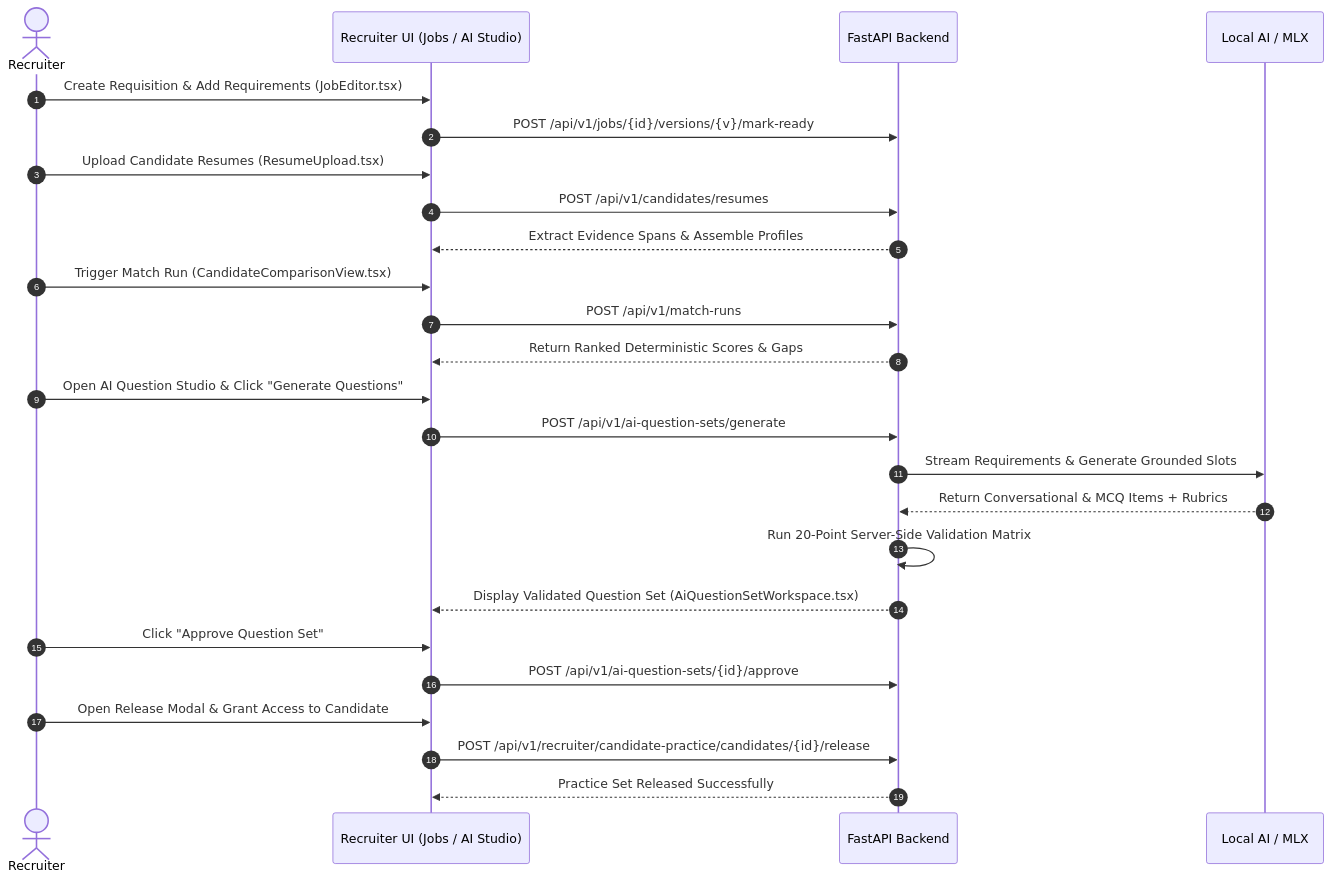
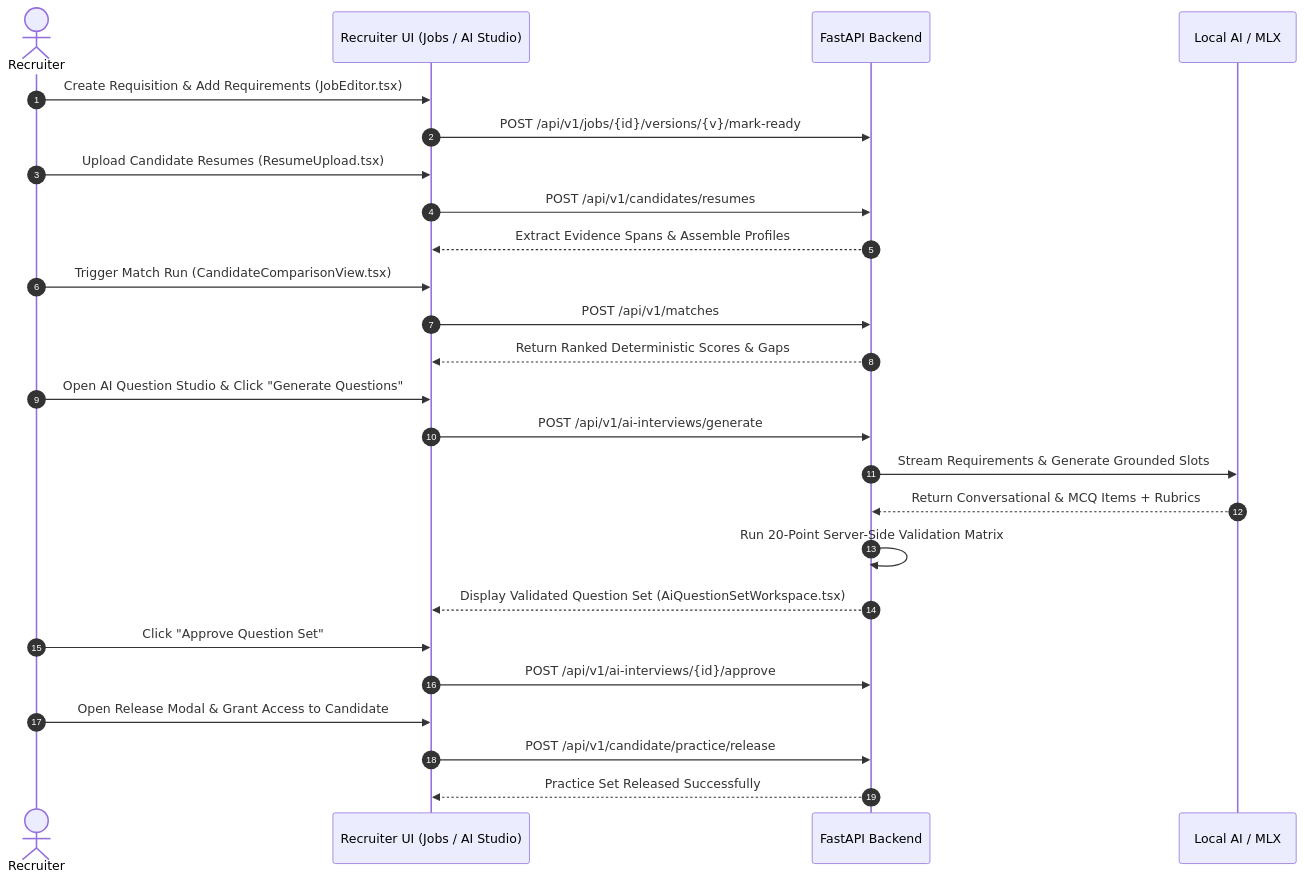
One commit to Heril2912/AI-Hiring changed the first of 3 diagrams in docs/FRONTEND_UI_AND_USER_JOURNEYS.md. Above: the diagram before and after it, drawn with Mermaid. The commit also changed other lines of this file and 23 other files, not shown here.

````diff
--- a/docs/FRONTEND_UI_AND_USER_JOURNEYS.md
+++ b/docs/FRONTEND_UI_AND_USER_JOURNEYS.md
@@ -167,28 +199,28 @@
 ```mermaid
 sequenceDiagram
     autonumber
     actor R as Recruiter
     participant UI as Recruiter UI (Jobs / AI Studio)
     participant API as FastAPI Backend
     participant LLM as Local AI / MLX
 
     R->>UI: Create Requisition & Add Requirements (JobEditor.tsx)
     UI->>API: POST /api/v1/jobs/{id}/versions/{v}/mark-ready
     R->>UI: Upload Candidate Resumes (ResumeUpload.tsx)
     UI->>API: POST /api/v1/candidates/resumes
     API-->>UI: Extract Evidence Spans & Assemble Profiles
     R->>UI: Trigger Match Run (CandidateComparisonView.tsx)
-    UI->>API: POST /api/v1/match-runs
+    UI->>API: POST /api/v1/matches
     API-->>UI: Return Ranked Deterministic Scores & Gaps
     R->>UI: Open AI Question Studio & Click "Generate Questions"
-    UI->>API: POST /api/v1/ai-question-sets/generate
+    UI->>API: POST /api/v1/ai-interviews/generate
     API->>LLM: Stream Requirements & Generate Grounded Slots
     LLM-->>API: Return Conversational & MCQ Items + Rubrics
     API->>API: Run 20-Point Server-Side Validation Matrix
     API-->>UI: Display Validated Question Set (AiQuestionSetWorkspace.tsx)
     R->>UI: Click "Approve Question Set"
-    UI->>API: POST /api/v1/ai-question-sets/{id}/approve
+    UI->>API: POST /api/v1/ai-interviews/{id}/approve
     R->>UI: Open Release Modal & Grant Access to Candidate
-    UI->>API: POST /api/v1/recruiter/candidate-practice/candidates/{id}/release
+    UI->>API: POST /api/v1/candidate/practice/release
     API-->>UI: Practice Set Released Successfully
 ```
````
